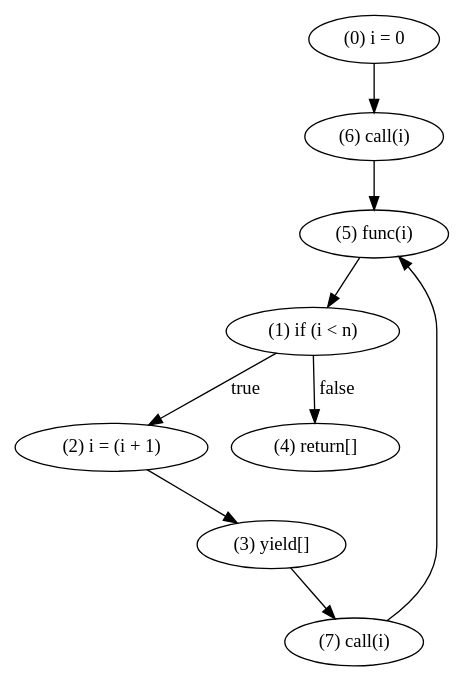
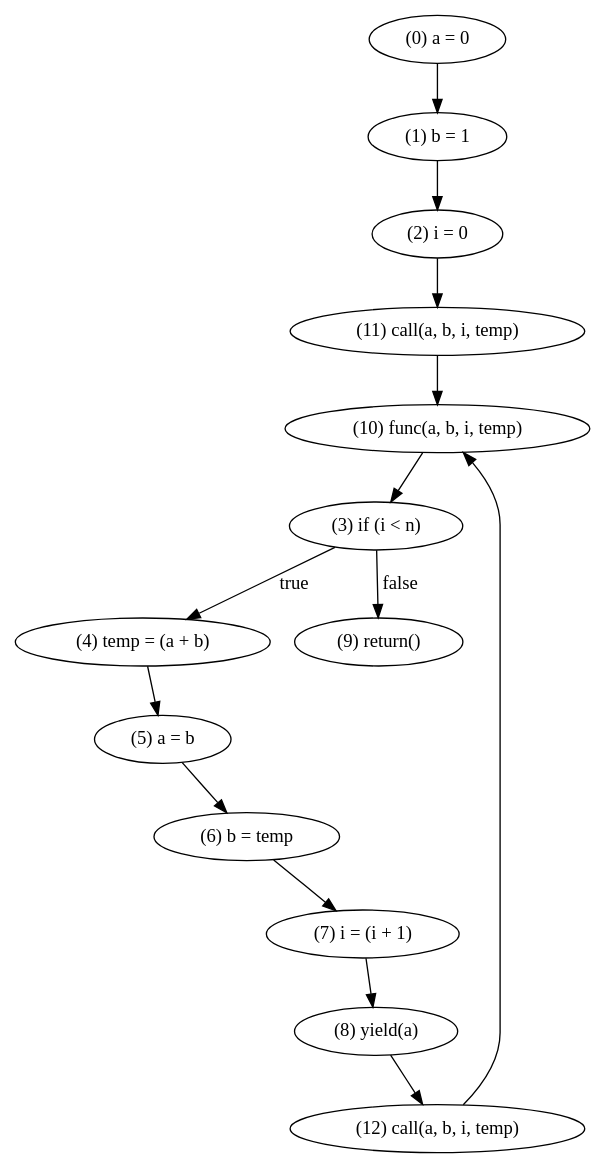
One commit to WorldofKerry/ToHDL changed the diagram in crates/passes/insert_phi.dot. Above: the diagram before and after it, drawn with Graphviz. The commit also changed 9 other files, not shown here.

```diff
--- a/crates/passes/insert_phi.dot
+++ b/crates/passes/insert_phi.dot
@@ -1,18 +1,28 @@
 digraph {
-    0 [ label = "(0) i = 0" ]
-    1 [ label = "(1) if (i < n)" ]
-    2 [ label = "(2) i = (i + 1)" ]
-    3 [ label = "(3) yield[]" ]
-    4 [ label = "(4) return[]" ]
-    5 [ label = "(5) func(i)" ]
-    6 [ label = "(6) call(i)" ]
-    7 [ label = "(7) call(i)" ]
-    0 -> 6 [ label = "" ]
-    1 -> 4 [ label = "false" ]
-    1 -> 2 [ label = "true" ]
-    2 -> 3 [ label = "" ]
-    3 -> 7 [ label = "" ]
-    5 -> 1 [ label = "" ]
-    6 -> 5 [ label = "" ]
-    7 -> 5 [ label = "" ]
+    0 [ label = "(0) a = 0" ]
+    1 [ label = "(1) b = 1" ]
+    2 [ label = "(2) i = 0" ]
+    3 [ label = "(3) if (i < n)" ]
+    4 [ label = "(4) temp = (a + b)" ]
+    5 [ label = "(5) a = b" ]
+    6 [ label = "(6) b = temp" ]
+    7 [ label = "(7) i = (i + 1)" ]
+    8 [ label = "(8) yield(a)" ]
+    9 [ label = "(9) return()" ]
+    10 [ label = "(10) func(a, b, i, temp)" ]
+    11 [ label = "(11) call(a, b, i, temp)" ]
+    12 [ label = "(12) call(a, b, i, temp)" ]
+    0 -> 1 [ label = "" ]
+    1 -> 2 [ label = "" ]
+    2 -> 11 [ label = "" ]
+    3 -> 9 [ label = "false" ]
+    3 -> 4 [ label = "true" ]
+    4 -> 5 [ label = "" ]
+    5 -> 6 [ label = "" ]
+    6 -> 7 [ label = "" ]
+    7 -> 8 [ label = "" ]
+    8 -> 12 [ label = "" ]
+    10 -> 3 [ label = "" ]
+    11 -> 10 [ label = "" ]
+    12 -> 10 [ label = "" ]
 }
```
